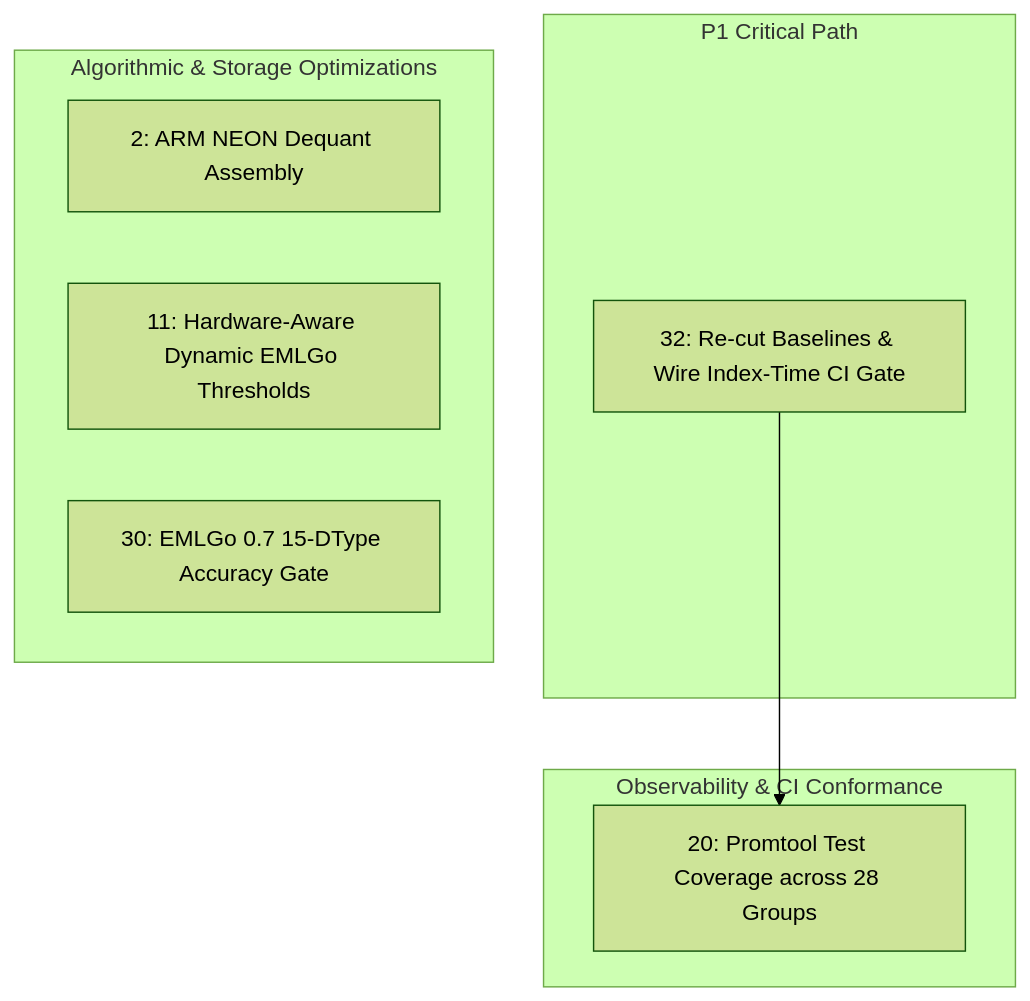
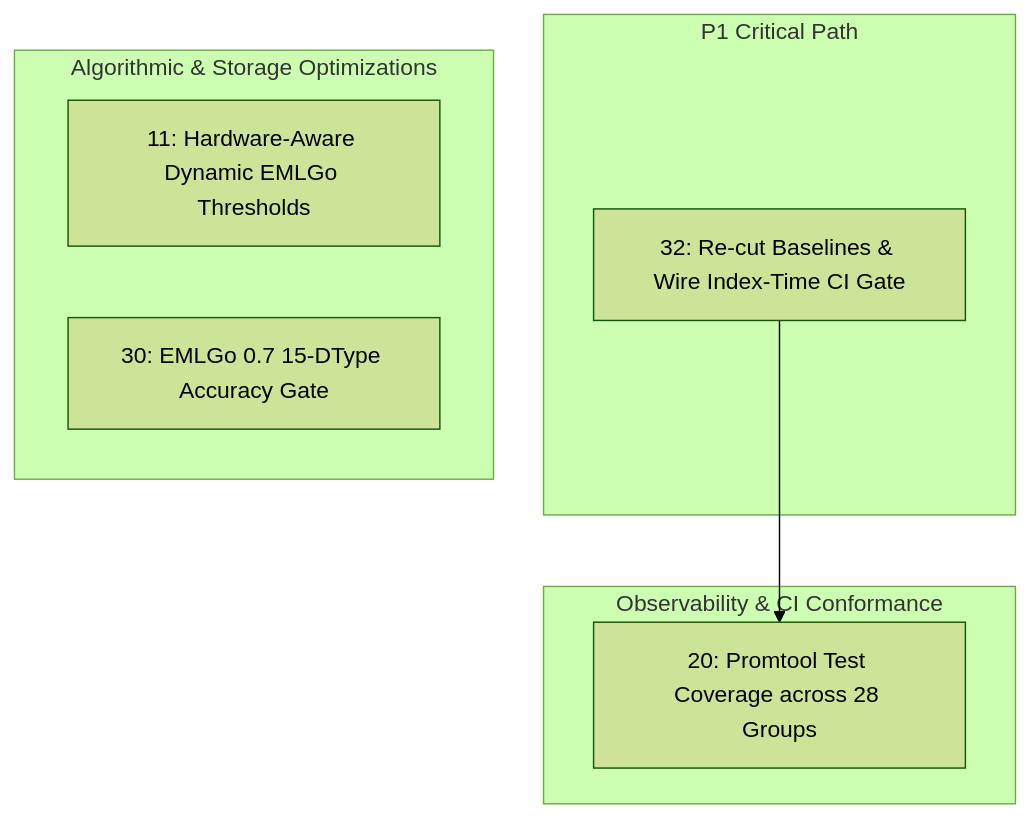
One commit to 23skdu/longbow changed the diagram in docs/roadmap.md. Above: the diagram before and after it, drawn with Mermaid (forest theme). The commit also changed other lines of this file, not shown here.

Commit message:
docs: record completion of roadmap Item 2 (ARM NEON Dequant Kernel)

````diff
--- a/docs/roadmap.md
+++ b/docs/roadmap.md
@@ -15,16 +15,15 @@
 ```mermaid
 graph TD
     subgraph P1["P1 Critical Path"]
         I32["32: Re-cut Baselines & Wire Index-Time CI Gate"]
     end
     subgraph P2["Algorithmic & Storage Optimizations"]
-        I2["2: ARM NEON Dequant Assembly"]
         I11["11: Hardware-Aware Dynamic EMLGo Thresholds"]
         I30["30: EMLGo 0.7 15-DType Accuracy Gate"]
     end
     subgraph P3["Observability & CI Conformance"]
         I20["20: Promtool Test Coverage across 28 Groups"]
     end
 
     I32 --> I20
 ```
````
